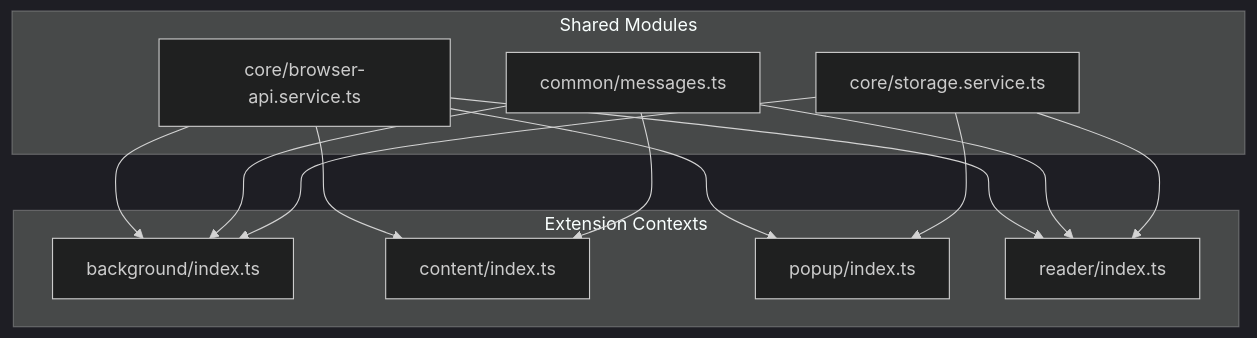
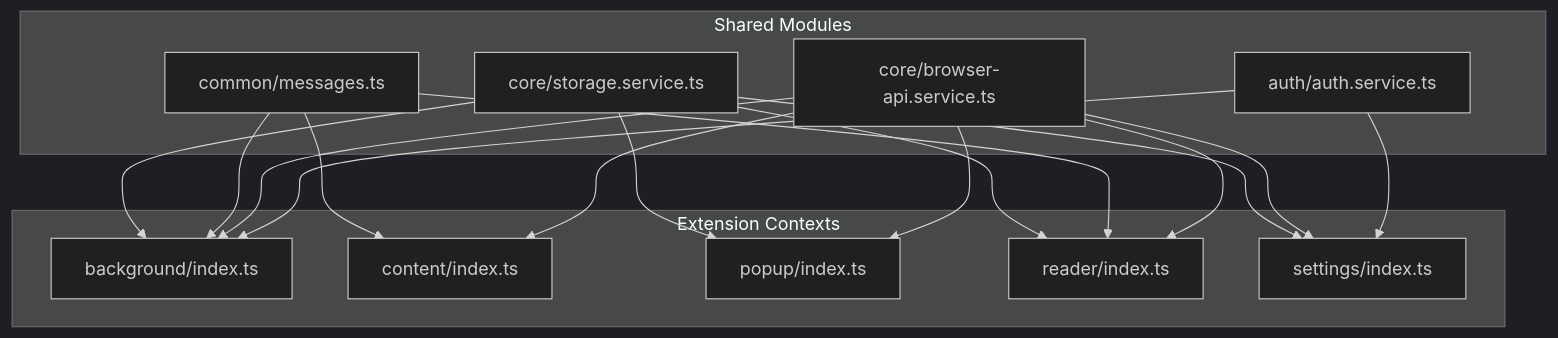
The first of 2 diagrams in docs/architecture.md (dimitree54/sprint-reader-chrome), drawn with Mermaid (dark theme) before and after one commit. The commit also changed other lines of this file and 35 other files, not shown here.

````diff
--- a/docs/architecture.md
+++ b/docs/architecture.md
@@ -9,26 +9,32 @@
 ```mermaid
 graph TD
     subgraph "Shared Modules"
         StorageService[core/storage.service.ts]
         Messages[common/messages.ts]
         BrowserAPI[core/browser-api.service.ts]
+        AuthService[auth/auth.service.ts]
     end
 
     subgraph "Extension Contexts"
         Background[background/index.ts]
         Content[content/index.ts]
         Popup[popup/index.ts]
         Reader[reader/index.ts]
+        Settings[settings/index.ts]
     end
 
     StorageService --> Background
     StorageService --> Popup
     StorageService --> Reader
+    StorageService --> Settings
     Messages --> Background
     Messages --> Content
     Messages --> Reader
     BrowserAPI --> Background
     BrowserAPI --> Content
     BrowserAPI --> Popup
     BrowserAPI --> Reader
+    BrowserAPI --> Settings
+    AuthService --> Background
+    AuthService --> Settings
 ```
````
